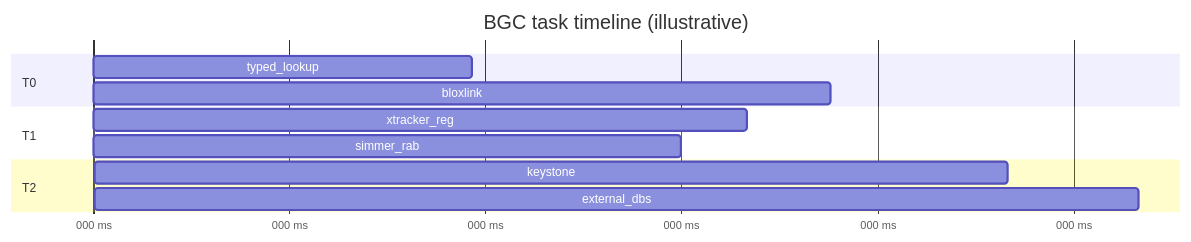
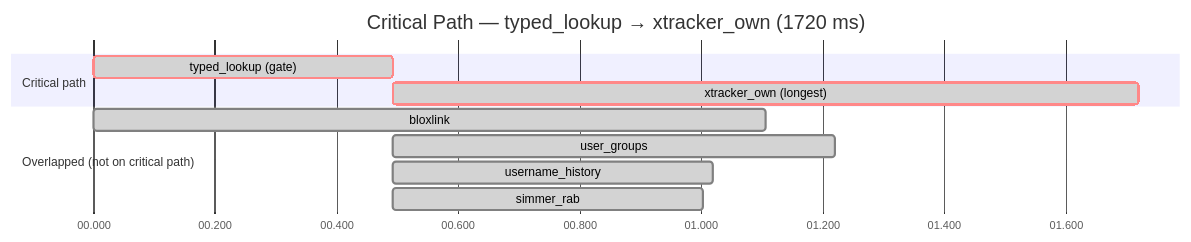
The third of 11 diagrams in README.md (pizzarobloxh/bgc-bot), drawn with Mermaid before and after one commit. The commit also changed other lines of this file, not shown here.

````diff
--- a/README.md
+++ b/README.md
@@ -298,15 +268,17 @@
 ```mermaid
 gantt
-    title BGC task timeline (illustrative)
-    dateFormat  X
-    axisFormat  %L ms
-    section T0
-    typed_lookup        :a1, 0, 580
-    bloxlink            :a2, 0, 1128
-    section T1
-    xtracker_reg        :b1, 580, 1000
-    simmer_rab          :b2, 580, 900
-    section T2
-    keystone            :c1, 1128, 1400
-    external_dbs        :c2, 1128, 1600
+    title Critical Path — typed_lookup → xtracker_own (1720 ms)
+    dateFormat x
+    axisFormat %S.%L
+    todayMarker off
+
+    section Critical path
+    typed_lookup (gate)     :crit, done, c1, 0,    492ms
+    xtracker_own (longest)  :crit, done, c2, 492, 1228ms
+
+    section Overlapped (not on critical path)
+    bloxlink                :done, n1, 0,   1107ms
+    user_groups             :done, n2, 492,  728ms
+    username_history        :done, n3, 492,  527ms
+    simmer_rab              :done, n4, 492,  511ms
 ```
````
